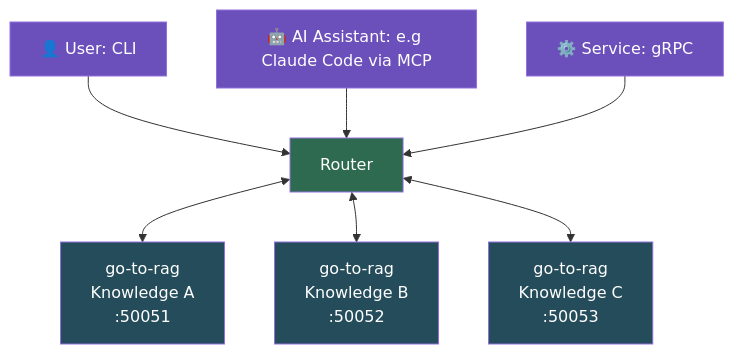
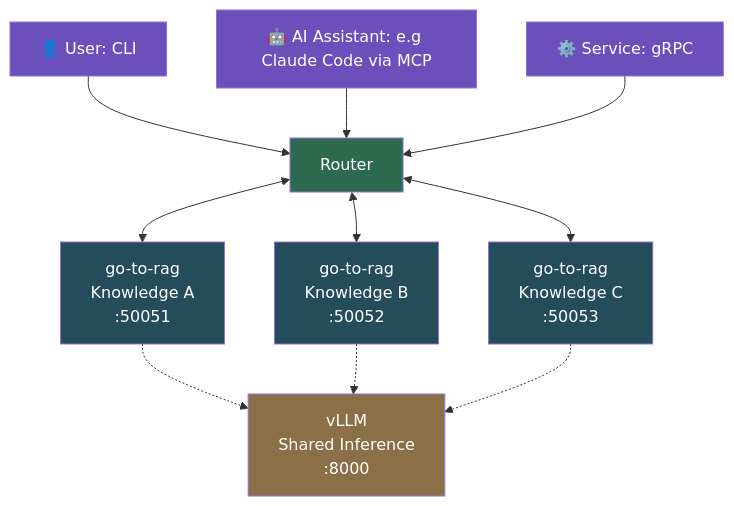
One commit to DanielBlei/go-to-rag changed the diagram in README.md. Above: the diagram before and after it, drawn with Mermaid. The commit also changed other lines of this file, not shown here.

First line of the commit message:
docs: add vLLM shared inference to roadmap

````diff
--- a/README.md
+++ b/README.md
@@ -115,27 +127,34 @@
 ```mermaid
 graph TB
     User["👤 User: CLI"]
     LLM["🤖 AI Assistant: e.g Claude Code via MCP"]
     Machine["⚙️ Service: gRPC"]
 
     R["Router"]
 
     A["go-to-rag<br/>Knowledge A<br/>:50051"]
     B["go-to-rag<br/>Knowledge B<br/>:50052"]
     C["go-to-rag<br/>Knowledge C<br/>:50053"]
+    
+    V["vLLM<br/>Shared Inference<br/>:8000"]
 
     User --> R
     LLM --> R
     Machine --> R
     R <--> A
     R <--> B
     R <--> C
+    
+    A -.-> V
+    B -.-> V
+    C -.-> V
 
     style User fill:#6B4FBB,color:#fff
     style LLM fill:#6B4FBB,color:#fff
     style Machine fill:#6B4FBB,color:#fff
     style R fill:#2d6a4f,color:#fff
     style A fill:#244c5a,color:#fff
     style B fill:#244c5a,color:#fff
     style C fill:#244c5a,color:#fff
+    style V fill:#8B6F47,color:#fff
 ```
````
